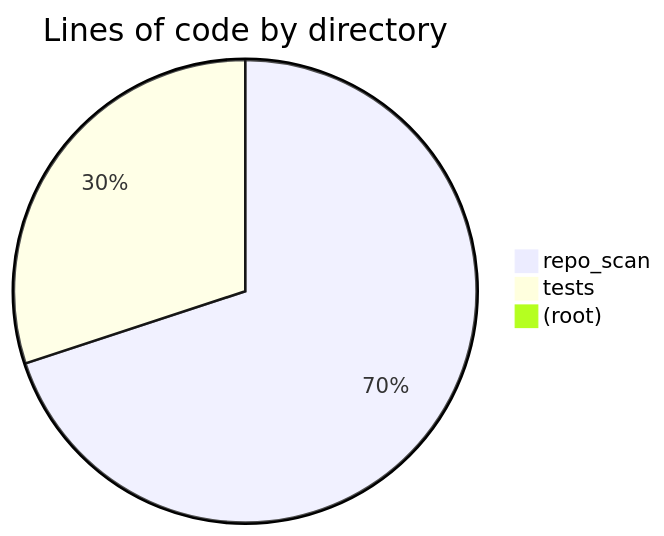
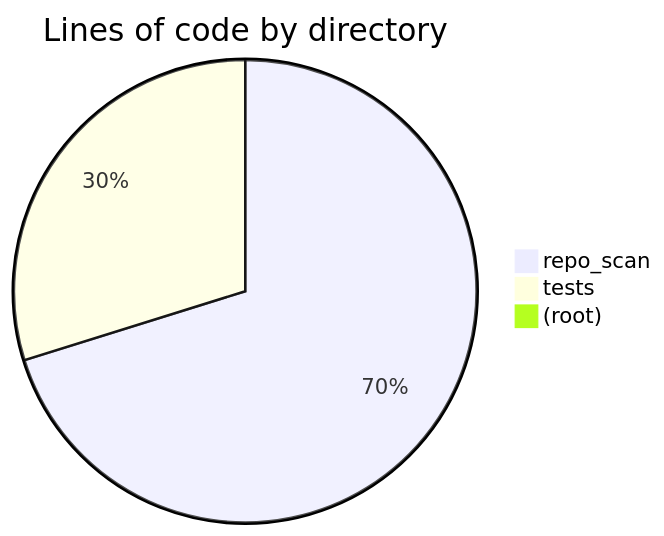
Before and after one commit to hhleroy97/repo-scan: the first of 2 diagrams in docs/reports/health.md, drawn with Mermaid. The commit also changed other lines of this file and 12 other files, not shown here.

First line of the commit message:
chore: repo-scan refresh — 145 citations, 107/144 healthy, new tickets

````diff
--- a/docs/reports/health.md
+++ b/docs/reports/health.md
@@ -22,6 +22,6 @@
 ```mermaid
 pie title Lines of code by directory
-    "repo_scan" : 12426
-    "tests" : 5337
+    "repo_scan" : 13678
+    "tests" : 5810
     "(root)" : 18
 ```
````
